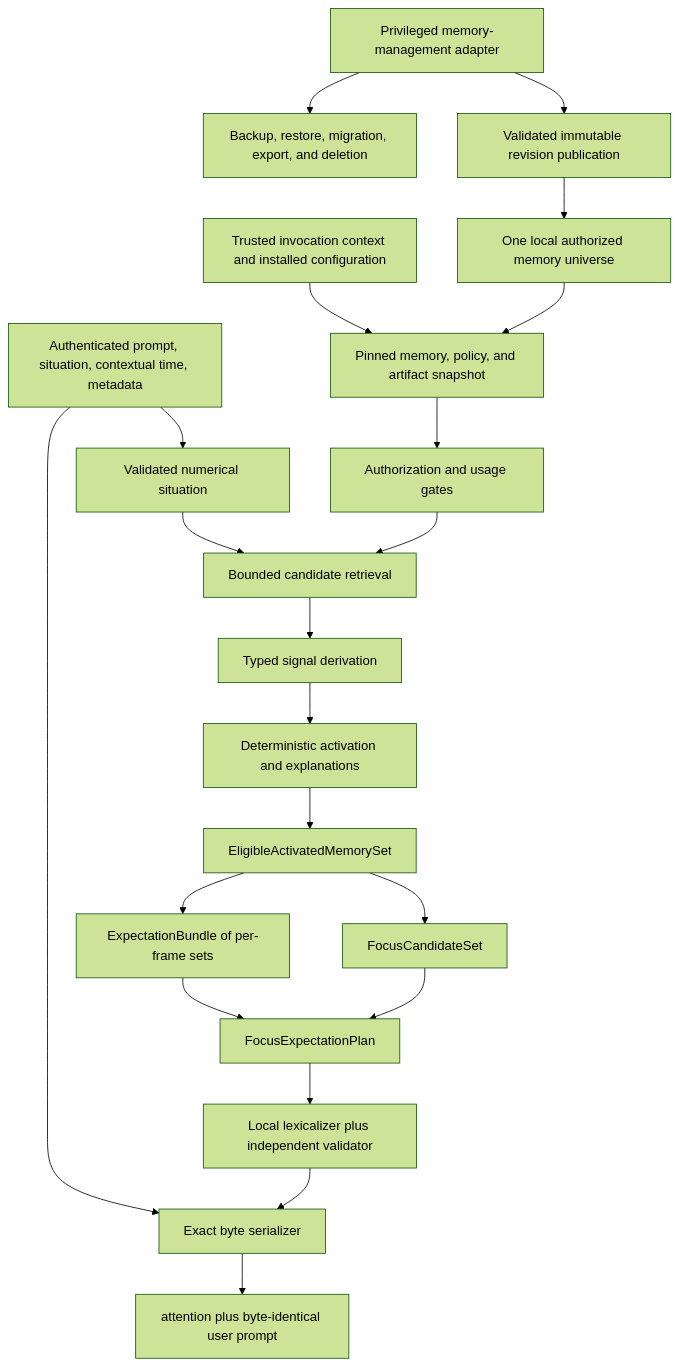
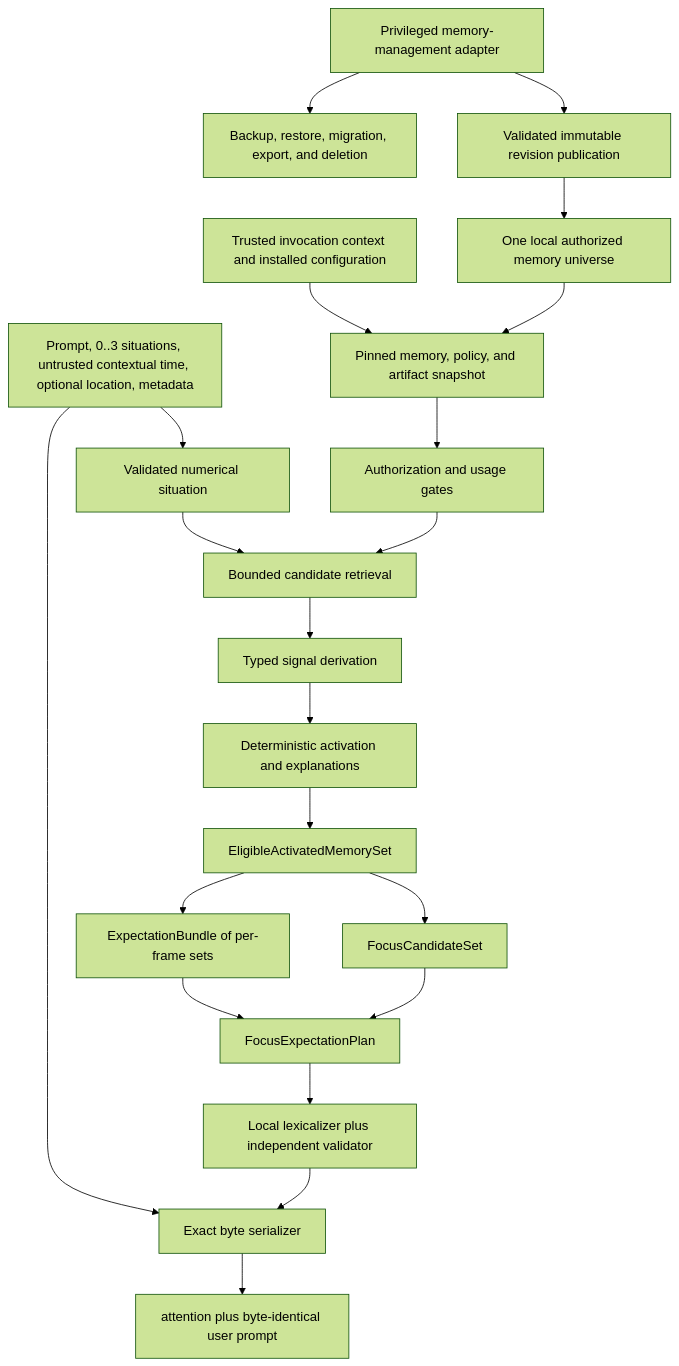
Before and after one commit to Lamentis-operating-systems/nemosyne: the first of 3 diagrams in docs/specifications/v1-delivery-program.md, drawn with Mermaid (forest theme). The commit also changed other lines of this file and 4 other files, not shown here.

Commit message:
Close V1 architecture review gaps

````diff
--- a/docs/specifications/v1-delivery-program.md
+++ b/docs/specifications/v1-delivery-program.md
@@ -154,24 +154,24 @@
 ```mermaid
 flowchart TD
-    IN["Authenticated prompt, situation, contextual time, metadata"] --> Q["Validated numerical situation"]
+    IN["Prompt, 0..3 situations, untrusted contextual time, optional location, metadata"] --> Q["Validated numerical situation"]
     IC["Trusted invocation context and installed configuration"] --> SNAP["Pinned memory, policy, and artifact snapshot"]
     DB["One local authorized memory universe"] --> SNAP
     SNAP --> AUTH["Authorization and usage gates"]
     Q --> RET["Bounded candidate retrieval"]
     AUTH --> RET
     RET --> SIG["Typed signal derivation"]
     SIG --> ACT["Deterministic activation and explanations"]
     ACT --> SET["EligibleActivatedMemorySet"]
     SET --> F["FocusCandidateSet"]
     SET --> E["ExpectationBundle of per-frame sets"]
     F --> PLAN["FocusExpectationPlan"]
     E --> PLAN
     PLAN --> R["Local lexicalizer plus independent validator"]
     R --> SER["Exact byte serializer"]
     IN --> SER
     SER --> OUT["attention plus byte-identical user prompt"]
 
     ADMIN["Privileged memory-management adapter"] --> PUB["Validated immutable revision publication"]
     PUB --> DB
     ADMIN --> REC["Backup, restore, migration, export, and deletion"]
 ```
````
